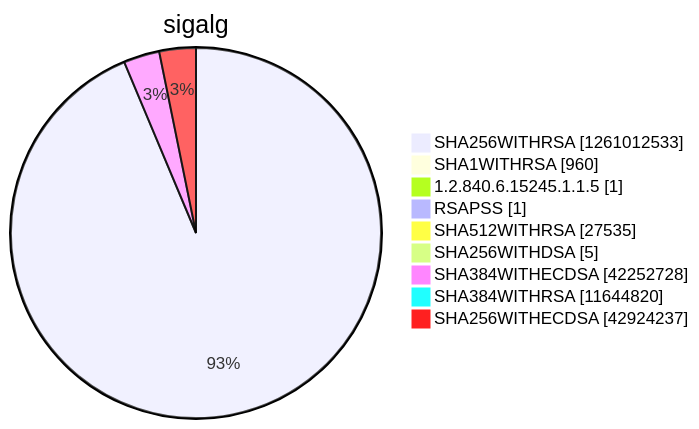
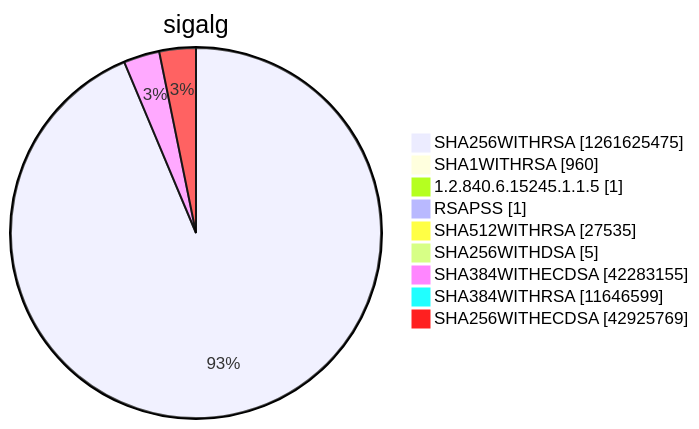
One commit to christiankrug/ctmonitor_visualization changed diagram 15 of 15 in argon2022/README.md. Above: the diagram before and after it, drawn with Mermaid. The commit also changed other lines of this file, not shown here.

````diff
--- a/argon2022/README.md
+++ b/argon2022/README.md
@@ -5522,13 +5522,13 @@
 ```mermaid
 pie showData
 title sigalg
-"SHA256WITHRSA" :1261012533
+"SHA256WITHRSA" :1261625475
 "SHA1WITHRSA" :960
 "1.2.840.6.15245.1.1.5" :1
 "RSAPSS" :1
 "SHA512WITHRSA" :27535
 "SHA256WITHDSA" :5
-"SHA384WITHECDSA" :42252728
-"SHA384WITHRSA" :11644820
-"SHA256WITHECDSA" :42924237
+"SHA384WITHECDSA" :42283155
+"SHA384WITHRSA" :11646599
+"SHA256WITHECDSA" :42925769
 ```
````
